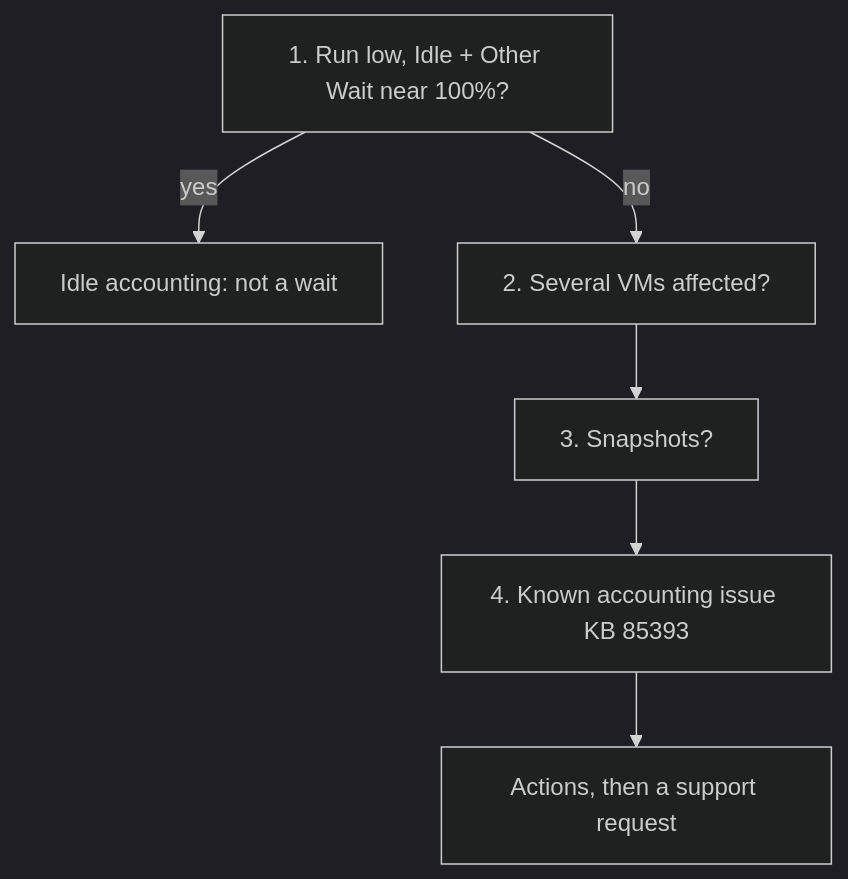
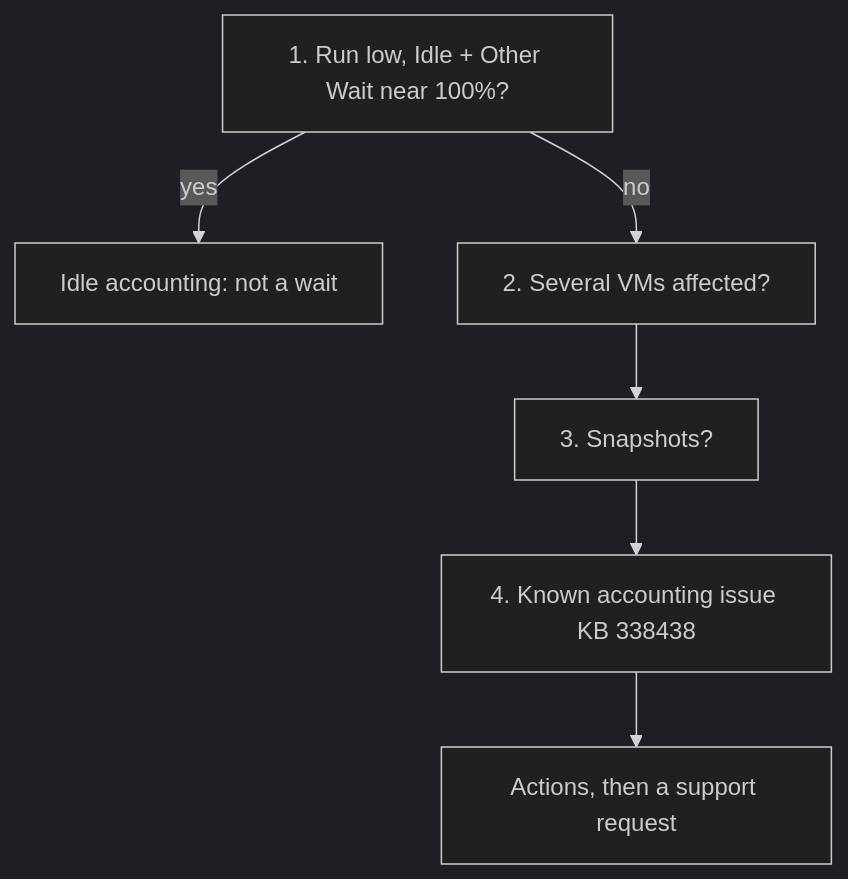
One commit to e1-rahabok/agent-e2 changed the diagram in knowledge/vsphere/technology/cpu/troubleshooting/vm-other-wait-high.md. Above: the diagram before and after it, drawn with Mermaid (dark theme). The commit also changed other lines of this file and 279 other files, not shown here.

````diff
--- a/knowledge/vsphere/technology/cpu/troubleshooting/vm-other-wait-high.md
+++ b/knowledge/vsphere/technology/cpu/troubleshooting/vm-other-wait-high.md
@@ -7,8 +7,8 @@
 ```mermaid
 flowchart TD
   S1[1. Run low, Idle + Other Wait near 100%?] -->|yes| E1[Idle accounting: not a wait]
   S1 -->|no| S2[2. Several VMs affected?]
   S2 --> S3[3. Snapshots?]
-  S3 --> S4[4. Known accounting issue KB 85393]
+  S3 --> S4[4. Known accounting issue KB 338438]
   S4 --> E4[Actions, then a support request]
 ```
````
